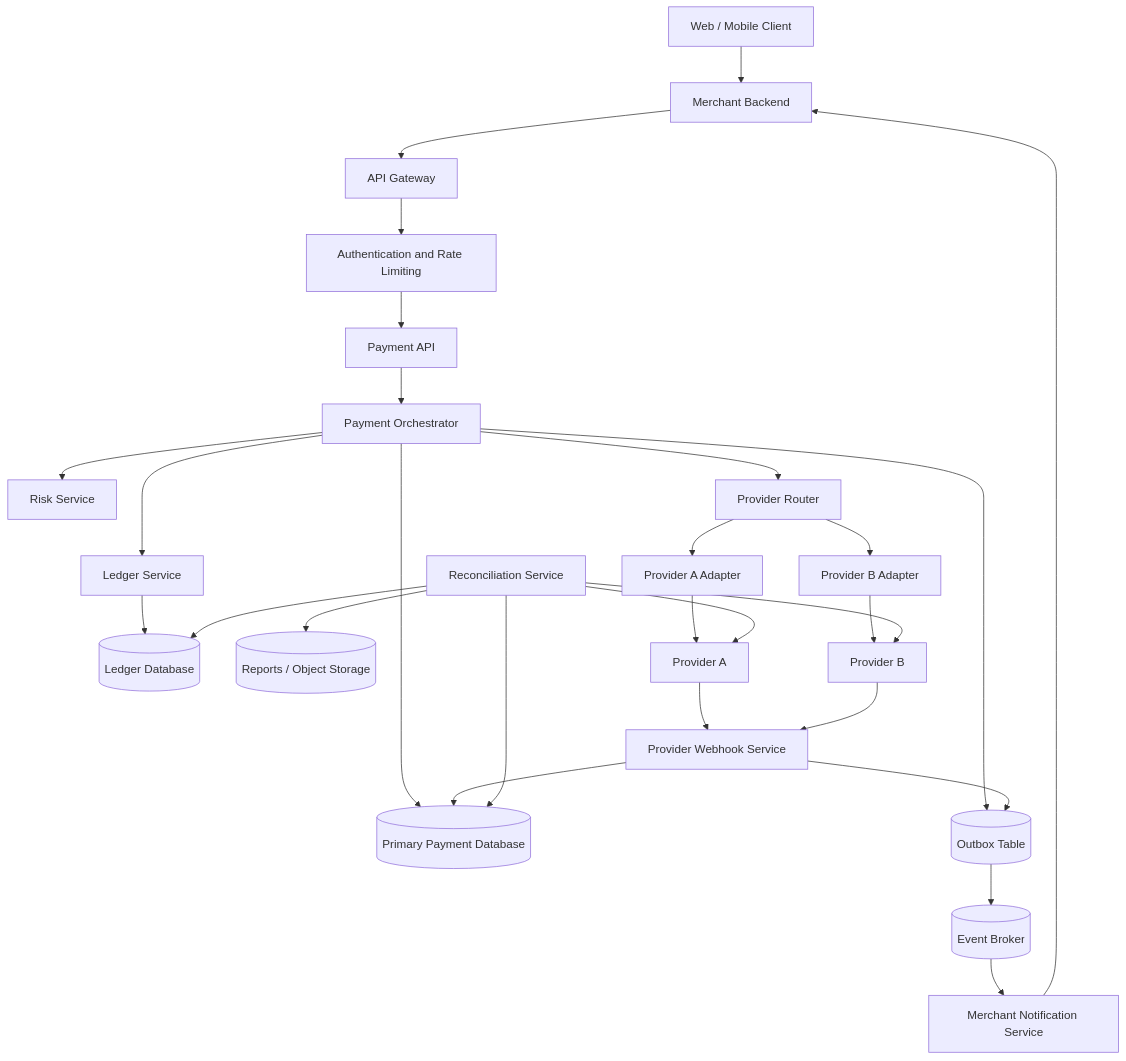
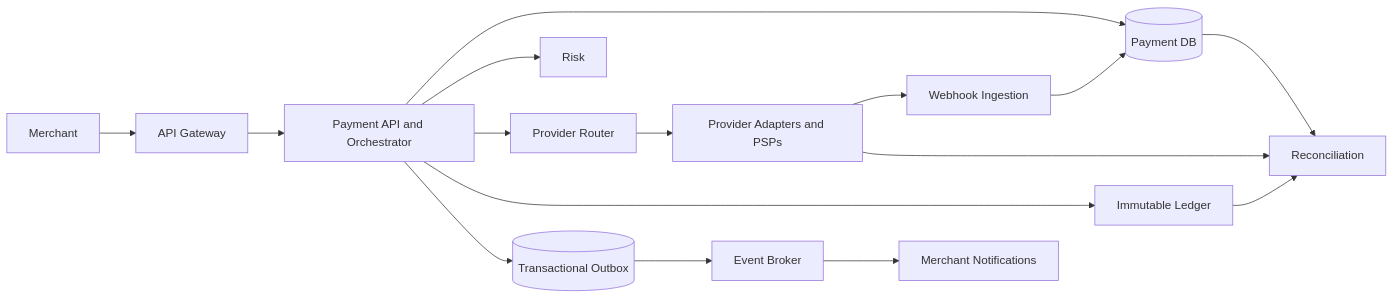
Before and after one commit to AvadhBhalodiya/Interview-Preparation: the third of 18 diagrams in src/content/system-design/payment-system.md, drawn with Mermaid. The commit also changed other lines of this file and 113 other files, not shown here.

````diff
--- a/src/content/system-design/payment-system.md
+++ b/src/content/system-design/payment-system.md
@@ -274,50 +193,18 @@
 ```mermaid
-flowchart TB
-    Client[Web / Mobile Client]
-    Merchant[Merchant Backend]
-    Gateway[API Gateway]
-    Auth[Authentication and Rate Limiting]
-    PaymentAPI[Payment API]
-    Orchestrator[Payment Orchestrator]
-    Risk[Risk Service]
-    Router[Provider Router]
-    AdapterA[Provider A Adapter]
-    AdapterB[Provider B Adapter]
-    DB[(Primary Payment Database)]
-    Ledger[Ledger Service]
-    LedgerDB[(Ledger Database)]
-    Outbox[(Outbox Table)]
-    Broker[(Event Broker)]
-    Webhook[Provider Webhook Service]
-    MerchantWebhook[Merchant Notification Service]
-    Reconciliation[Reconciliation Service]
-    ObjectStore[(Reports / Object Storage)]
-
-    Client --> Merchant
-    Merchant --> Gateway
-    Gateway --> Auth
-    Auth --> PaymentAPI
-    PaymentAPI --> Orchestrator
-    Orchestrator --> Risk
-    Orchestrator --> Router
-    Router --> AdapterA
-    Router --> AdapterB
-    AdapterA --> PSPA[Provider A]
-    AdapterB --> PSPB[Provider B]
-    Orchestrator --> DB
-    Orchestrator --> Ledger
-    Ledger --> LedgerDB
-    Orchestrator --> Outbox
-    Outbox --> Broker
-    PSPA --> Webhook
-    PSPB --> Webhook
-    Webhook --> DB
-    Webhook --> Outbox
-    Broker --> MerchantWebhook
-    MerchantWebhook --> Merchant
-    Reconciliation --> PSPA
-    Reconciliation --> PSPB
-    Reconciliation --> DB
-    Reconciliation --> LedgerDB
-    Reconciliation --> ObjectStore
+flowchart LR
+    Merchant --> Gateway[API Gateway]
+    Gateway --> API[Payment API and Orchestrator]
+    API --> PaymentDB[(Payment DB)]
+    API --> Risk[Risk]
+    API --> Router[Provider Router]
+    Router --> Providers[Provider Adapters and PSPs]
+    API --> Ledger[Immutable Ledger]
+    API --> Outbox[(Transactional Outbox)]
+    Outbox --> Events[Event Broker]
+    Providers --> Webhooks[Webhook Ingestion]
+    Webhooks --> PaymentDB
+    Events --> Notifications[Merchant Notifications]
+    Providers --> Reconciliation[Reconciliation]
+    PaymentDB --> Reconciliation
+    Ledger --> Reconciliation
 ```
````
